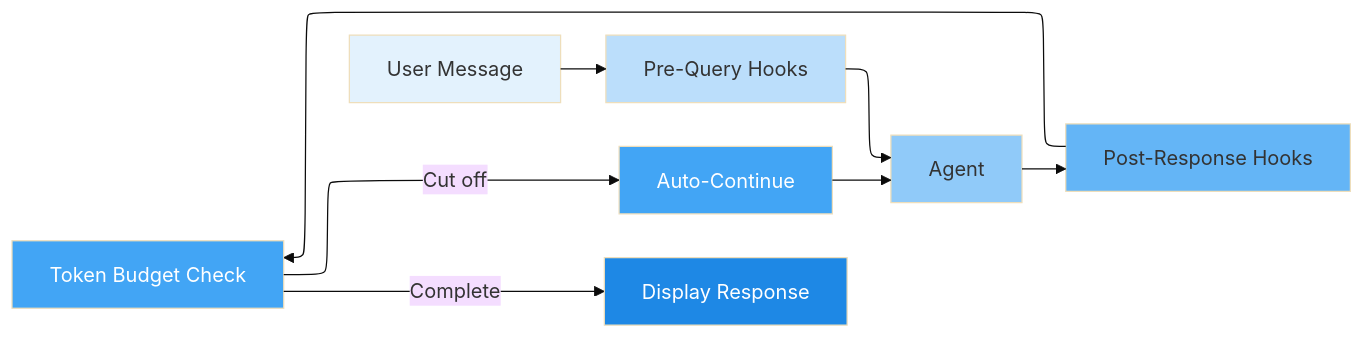
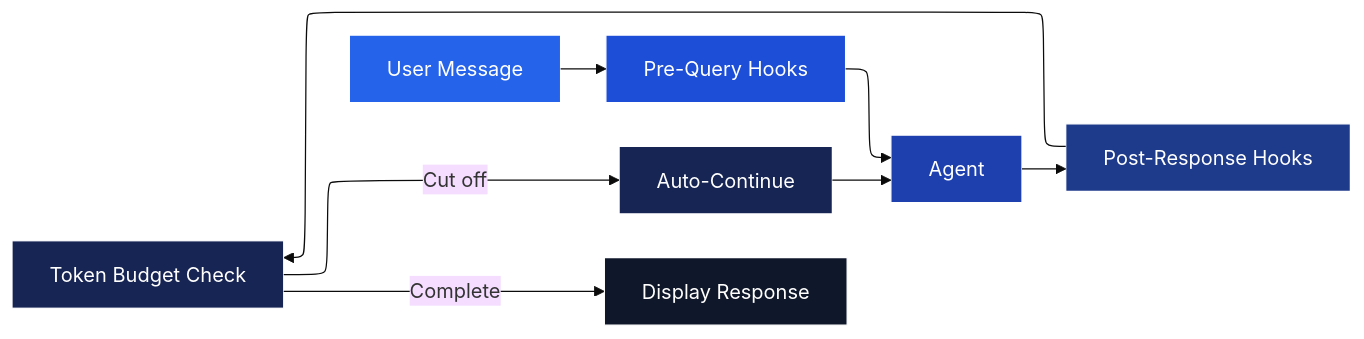
The second of 4 diagrams in docusaurus-docs/docs/architecture/system.md (yiqiao-yin/wyn360-cli), drawn with Mermaid (base theme) before and after one commit. The commit also changed other lines of this file and 3 other files, not shown here.

First line of the commit message:
style: Darken Mermaid theme and add fullscreen toggle on system architecture page

````diff
--- a/docusaurus-docs/docs/architecture/system.md
+++ b/docusaurus-docs/docs/architecture/system.md
@@ -145,22 +145,22 @@
 ```mermaid
 ---
 config:
   layout: elk
 ---
 graph LR
     Input[User Message] --> Pre[Pre-Query Hooks]
     Pre --> Agent[Agent]
     Agent --> Post[Post-Response Hooks]
     Post --> Budget[Token Budget Check]
     Budget -->|Cut off| Continue[Auto-Continue]
     Continue --> Agent
     Budget -->|Complete| Output[Display Response]
 
-    style Input fill:#e3f2fd
-    style Pre fill:#bbdefb
-    style Agent fill:#90caf9
-    style Post fill:#64b5f6
-    style Budget fill:#42a5f5,color:#fff
-    style Continue fill:#42a5f5,color:#fff
-    style Output fill:#1e88e5,color:#fff
+    style Input fill:#2563eb,color:#fff,stroke:#fff,stroke-width:1px
+    style Pre fill:#1d4ed8,color:#fff,stroke:#fff,stroke-width:1px
+    style Agent fill:#1e40af,color:#fff,stroke:#fff,stroke-width:1px
+    style Post fill:#1e3a8a,color:#fff,stroke:#fff,stroke-width:1px
+    style Budget fill:#172554,color:#fff,stroke:#fff,stroke-width:1px
+    style Continue fill:#172554,color:#fff,stroke:#fff,stroke-width:1px
+    style Output fill:#0f172a,color:#fff,stroke:#fff,stroke-width:1px
 ```
````
